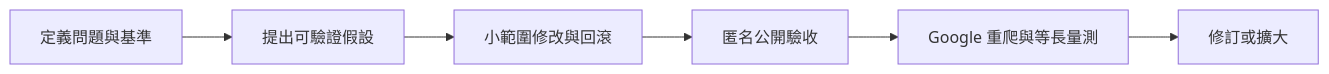
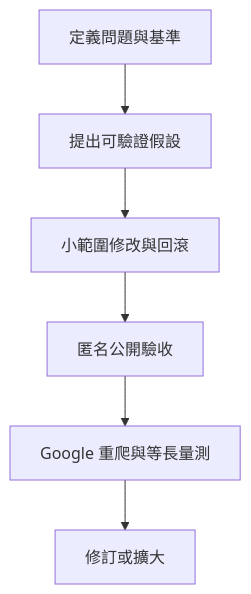
The diagram in README.md (minxinchen/seo-aio-b2b-case-study), drawn with Mermaid before and after one commit. The commit also changed 2 other files, not shown here.

Commit message:
fix: make the workflow readable on narrow screens

````diff
--- a/README.md
+++ b/README.md
@@ -68,8 +68,8 @@
 ```mermaid
-flowchart LR
+flowchart TB
     A[定義問題與基準] --> B[提出可驗證假設]
     B --> C[小範圍修改與回滾]
     C --> D[匿名公開驗收]
     D --> E[Google 重爬與等長量測]
     E --> F[修訂或擴大]
 ```
````
